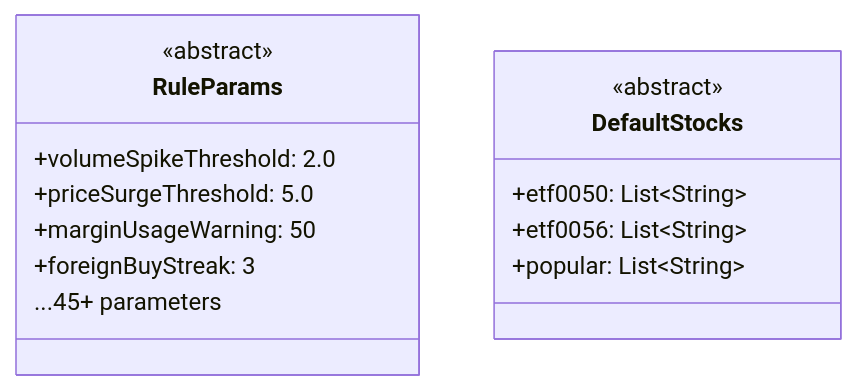
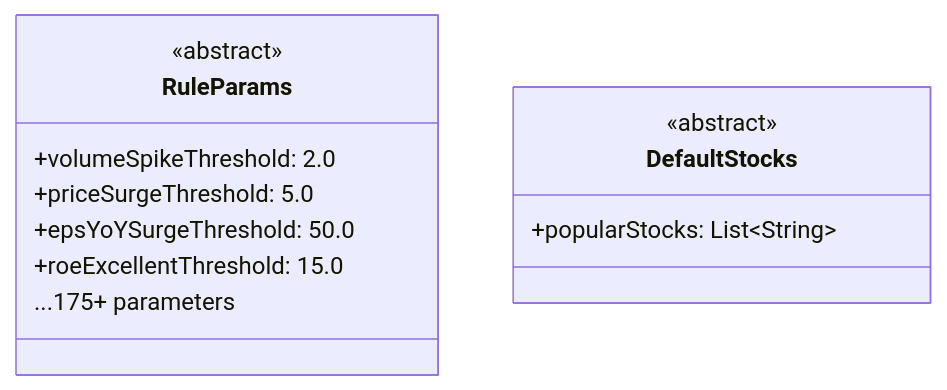
Before and after one commit to Neal75418/afterclose: the fourth of 6 diagrams in CLAUDE.md, drawn with Mermaid. The commit also changed other lines of this file and 2 other files, not shown here.

````diff
--- a/CLAUDE.md
+++ b/CLAUDE.md
@@ -107,18 +107,16 @@
 ```mermaid
 classDiagram
     class RuleParams {
         <<abstract>>
         +volumeSpikeThreshold: 2.0
         +priceSurgeThreshold: 5.0
-        +marginUsageWarning: 50
-        +foreignBuyStreak: 3
-        ...45+ parameters
+        +epsYoYSurgeThreshold: 50.0
+        +roeExcellentThreshold: 15.0
+        ...175+ parameters
     }
 
     class DefaultStocks {
         <<abstract>>
-        +etf0050: List~String~
-        +etf0056: List~String~
-        +popular: List~String~
+        +popularStocks: List~String~
     }
 ```
````
